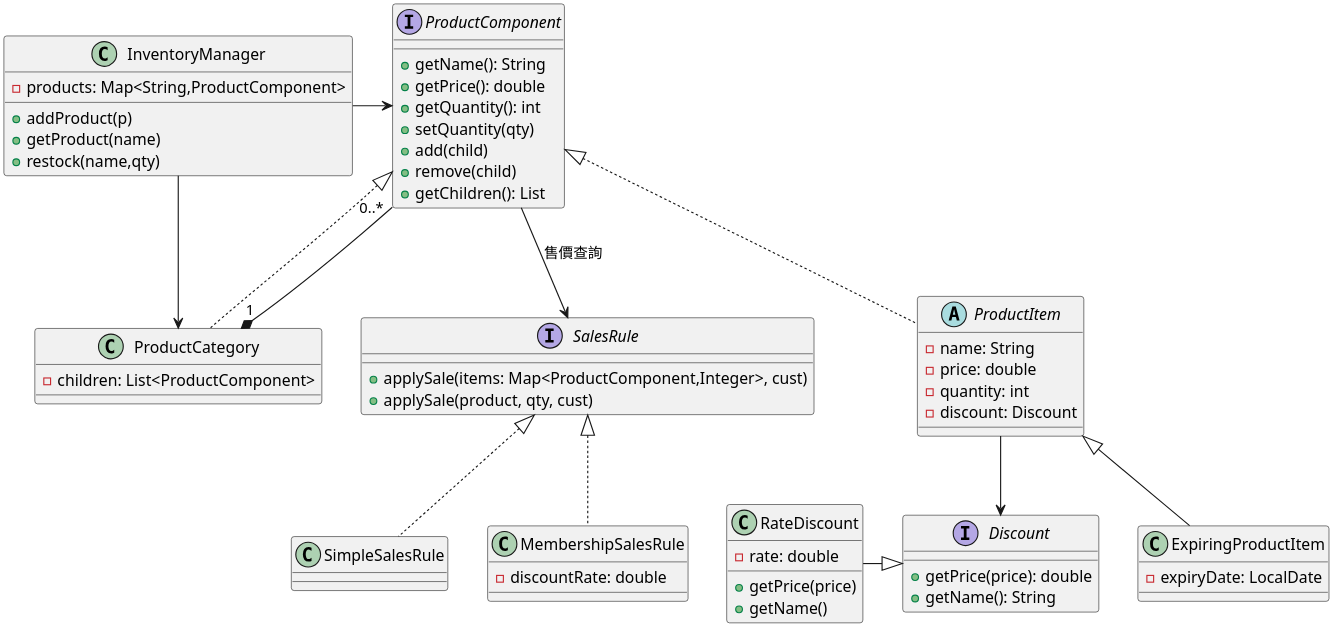
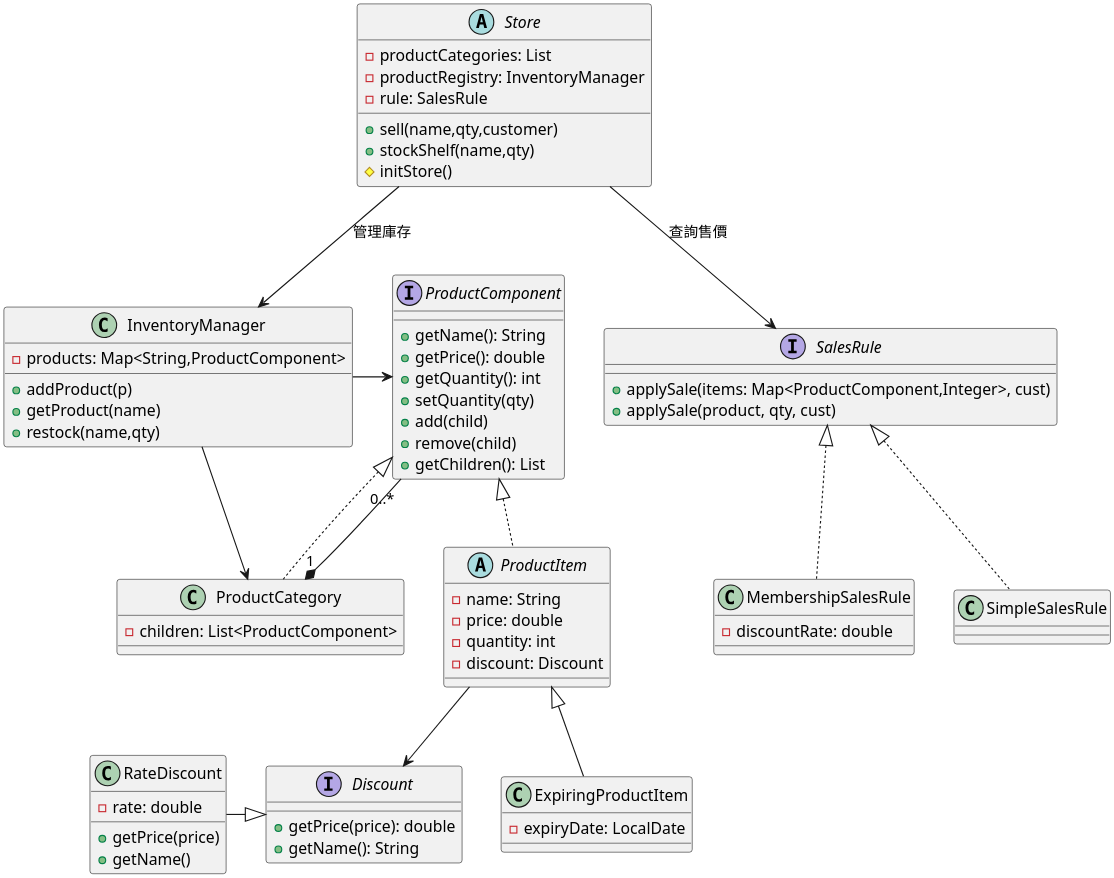
The first of 4 diagrams in class diagrams.puml (Tempest0220/Store-Master), drawn with PlantUML before and after one commit. The commit also changed 1 other file, not shown here.

Commit message:
update class diagram and write a part of the report

```diff
--- a/class diagrams.puml
+++ b/class diagrams.puml
@@ -1,64 +1,73 @@
 @startuml CoreFramework
 skinparam dpi 300
 interface Discount {
   +getPrice(price): double
   +getName(): String
 }
 class RateDiscount{
   -rate: double
   +getPrice(price)
   +getName()
 }
 RateDiscount -|> Discount
 
 interface ProductComponent {
   +getName(): String
   +getPrice(): double
   +getQuantity(): int
   +setQuantity(qty)
   +add(child)
   +remove(child)
   +getChildren(): List
 }
 
 abstract class ProductItem implements ProductComponent {
   -name: String
   -price: double
   -quantity: int
   -discount: Discount
 }
 
 class ExpiringProductItem extends ProductItem {
   -expiryDate: LocalDate
 }
 
 class ProductCategory implements ProductComponent {
   -children: List<ProductComponent>
 }
 
 ProductCategory "1" *-- "0..*" ProductComponent
 ProductItem --> Discount
 
 class InventoryManager {
   -products: Map<String,ProductComponent>
   +addProduct(p)
   +getProduct(name)
   +restock(name,qty)
 }
 InventoryManager --> ProductCategory
 InventoryManager -> ProductComponent
 
 interface SalesRule {
   +applySale(items: Map<ProductComponent,Integer>, cust)
   +applySale(product, qty, cust)
 }
 class SimpleSalesRule
 class MembershipSalesRule {
   -discountRate: double
 }
 SalesRule <|.. SimpleSalesRule
 SalesRule <|.. MembershipSalesRule
 
-ProductComponent --> SalesRule : 售價查詢
+abstract class Store {
+  -productCategories: List
+  -productRegistry: InventoryManager
+  -rule: SalesRule
+  +sell(name,qty,customer)
+  +stockShelf(name,qty)
+  #initStore()
+}
+Store --> InventoryManager: 管理庫存
+Store --> SalesRule: 查詢售價
 
 @enduml
```
